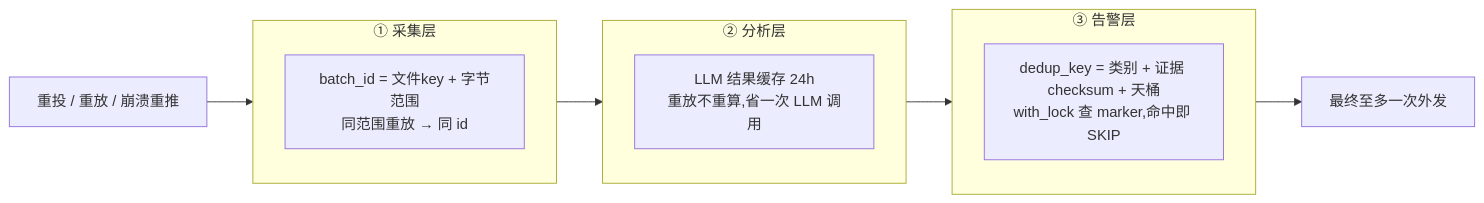
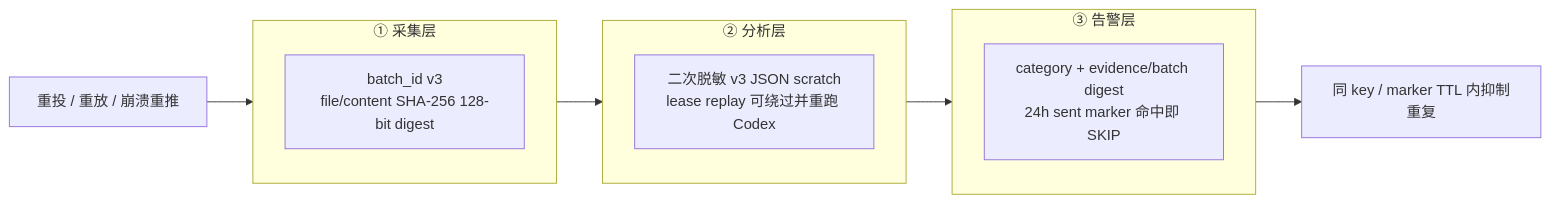
The third of 4 diagrams in README.md (eanz17/fkst-audit-log), drawn with Mermaid before and after one commit. The commit also changed other lines of this file and 64 other files, not shown here.

````diff
--- a/README.md
+++ b/README.md
@@ -425,14 +463,14 @@
 ```mermaid
 flowchart LR
   IN["重投 / 重放 / 崩溃重推"] --> L1
   subgraph L1["① 采集层"]
-    B["batch_id = 文件key + 字节范围<br/>同范围重放 → 同 id"]
+    B["batch_id v3<br/>file/content SHA-256 128-bit digest"]
   end
   subgraph L2["② 分析层"]
-    RR["LLM 结果缓存 24h<br/>重放不重算,省一次 LLM 调用"]
+    RR["二次脱敏 v3 JSON scratch<br/>lease replay 可绕过并重跑 Codex"]
   end
   subgraph L3["③ 告警层"]
-    D["dedup_key = 类别 + 证据 checksum + 天桶<br/>with_lock 查 marker,命中即 SKIP"]
+    D["category + evidence/batch digest<br/>24h sent marker 命中即 SKIP"]
   end
-  L1 --> L2 --> L3 --> OUT["最终至多一次外发"]
+  L1 --> L2 --> L3 --> OUT["同 key / marker TTL 内抑制重复"]
 ```
````
